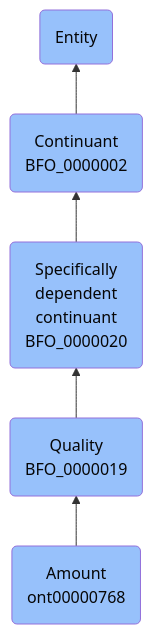
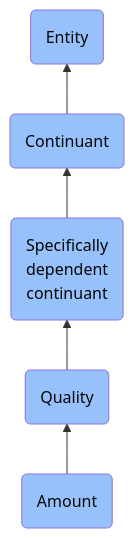
One commit to jupyter-naas/abi changed the diagram in docs/ontology/reference/model/Entity/Continuant/Specifically dependent continuant/Quality/Amount/Amount.md. Above: the diagram before and after it, drawn with Mermaid. The commit also changed other lines of this file and 1430 other files, not shown here.

````diff
--- a/docs/ontology/reference/model/Entity/Continuant/Specifically dependent continuant/Quality/Amount/Amount.md
+++ b/docs/ontology/reference/model/Entity/Continuant/Specifically dependent continuant/Quality/Amount/Amount.md
@@ -24,12 +24,12 @@
 ```mermaid
 graph BT
-    ont00000768(Amount<br>ont00000768):::BFO-->BFO_0000019
-    BFO_0000019(Quality<br>BFO_0000019):::BFO-->BFO_0000020
-    BFO_0000020(Specifically<br>dependent<br>continuant<br>BFO_0000020):::BFO-->BFO_0000002
-    BFO_0000002(Continuant<br>BFO_0000002):::BFO-->BFO_0000001
+    ont00000768(Amount):::BFO-->BFO_0000019
+    BFO_0000019(Quality):::BFO-->BFO_0000020
+    BFO_0000020(Specifically<br>dependent<br>continuant):::BFO-->BFO_0000002
+    BFO_0000002(Continuant):::BFO-->BFO_0000001
     BFO_0000001(Entity):::BFO
     
     classDef BFO fill:#97c1fb,color:#060606
     classDef CCO fill:#e4c51e,color:#060606
     classDef ABI fill:#48DD82,color:#060606
 ```
````
